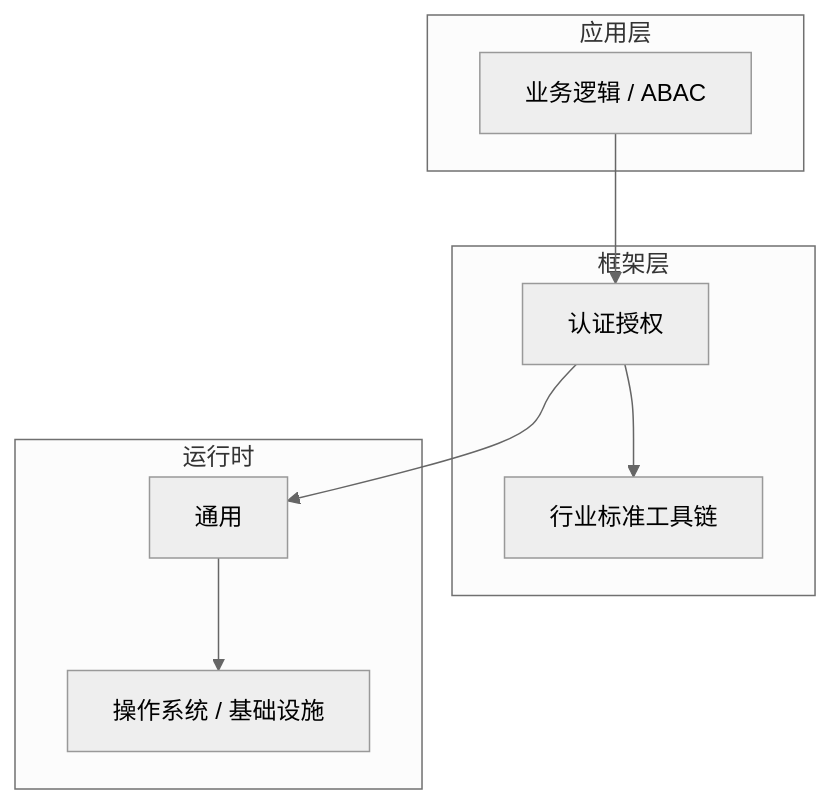
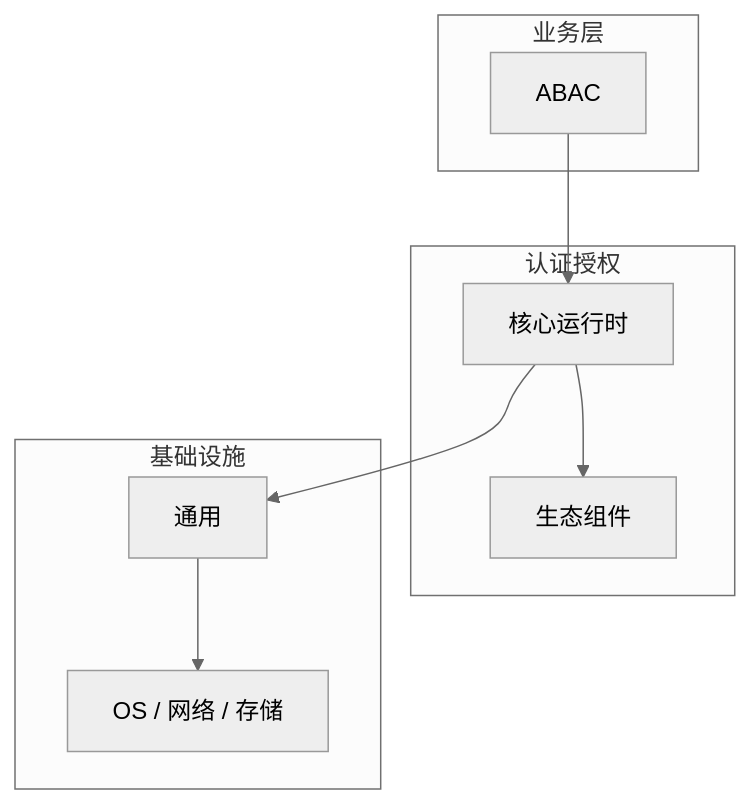
The diagram in articles/认证授权/chapters/046-ABAC核心概念与原理.md (yanggan2015/knowledge-json-v2), drawn with Mermaid (neutral theme) before and after one commit. The commit also changed other lines of this file and 10127 other files, not shown here.

````diff
--- a/articles/认证授权/chapters/046-ABAC核心概念与原理.md
+++ b/articles/认证授权/chapters/046-ABAC核心概念与原理.md
@@ -45,18 +34,18 @@
 ```mermaid
 graph TB
-    subgraph 应用层
-        A[业务逻辑 / ABAC]
+    subgraph 业务层
+        A[ABAC]
     end
-    subgraph 框架层
-        B[认证授权]
-        C[行业标准工具链]
+    subgraph 认证授权
+        B[核心运行时]
+        C[生态组件]
     end
-    subgraph 运行时
+    subgraph 基础设施
         D[通用]
-        E[操作系统 / 基础设施]
+        E[OS / 网络 / 存储]
     end
     A --> B
     B --> C
     B --> D
     D --> E
 ```
````
